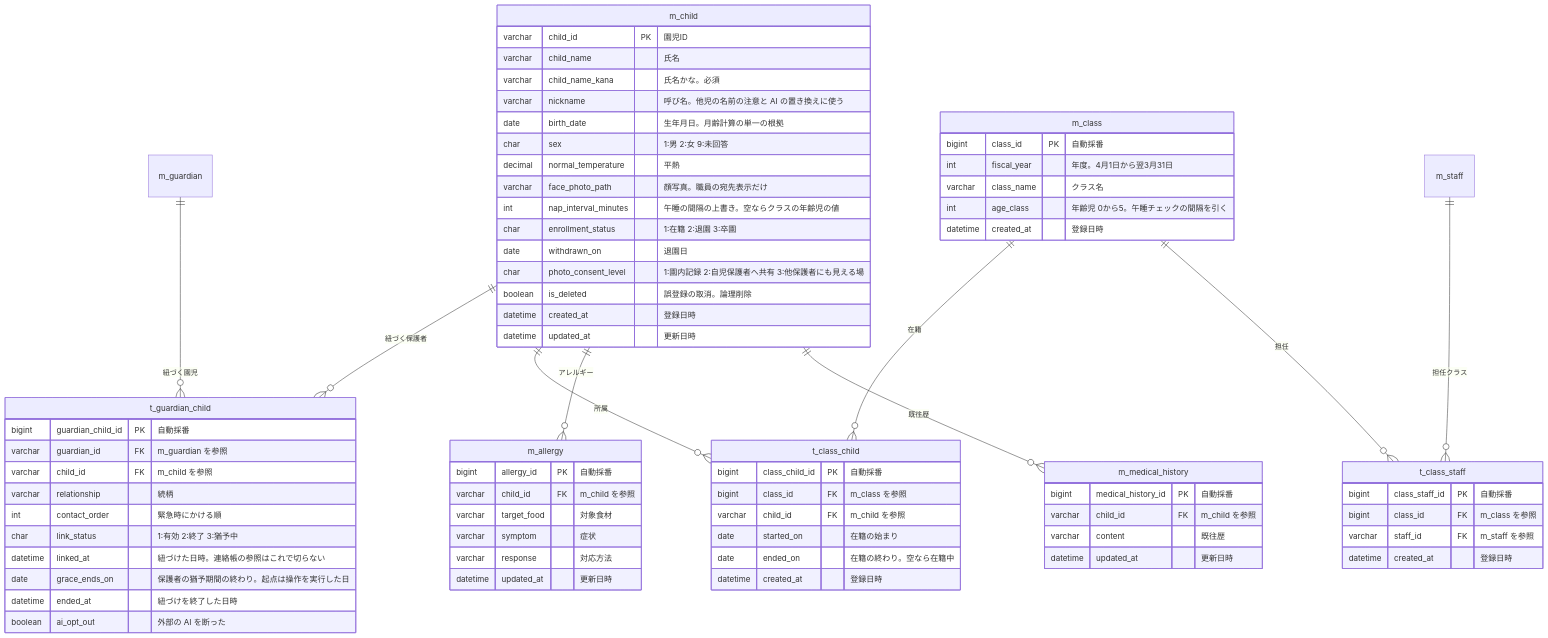
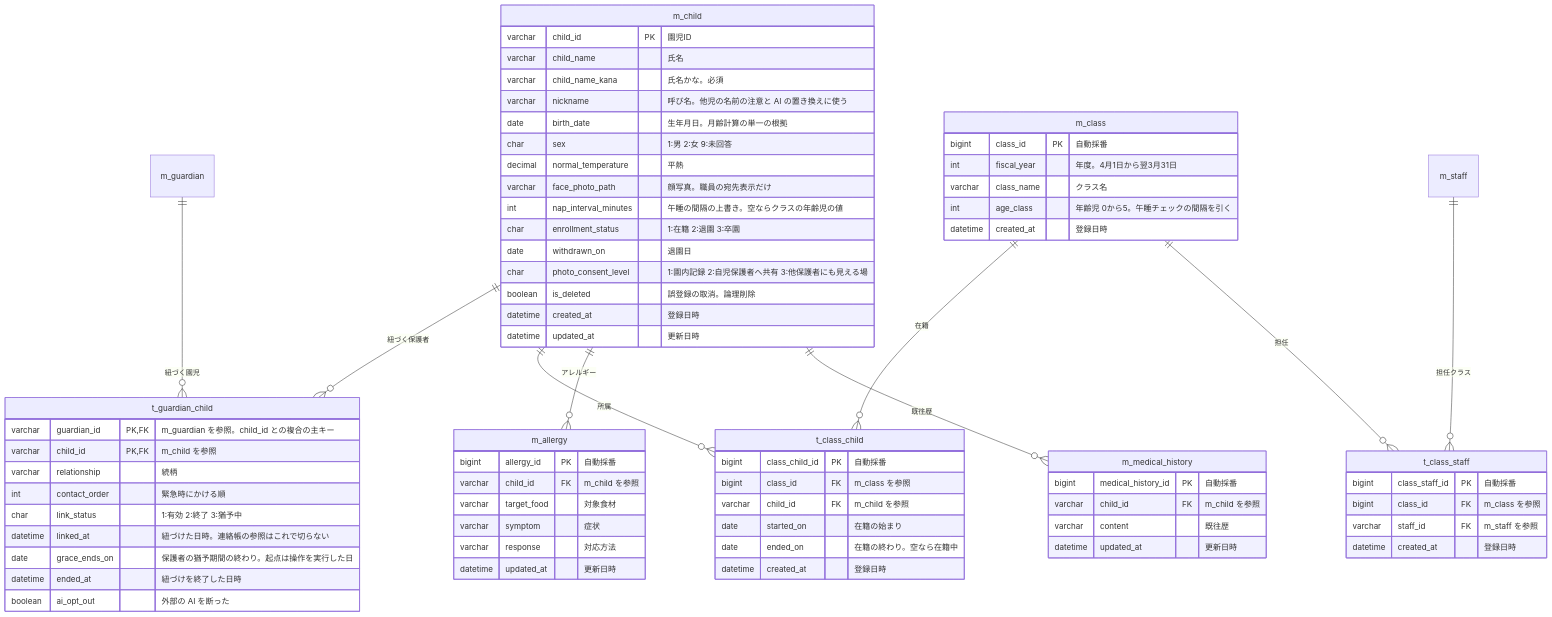
Before and after one commit to issei0423/sukusuku_system: the third of 9 diagrams in 図/ER図.md, drawn with Mermaid. The commit also changed other lines of this file and 7 other files, not shown here.

First line of the commit message:
画面遷移図・インタフェース一覧・ER図・利用規約・アクティビティ図を、保護者へ届ける流れ・共通の仕組みの見直しに合わせた

````diff
--- a/図/ER図.md
+++ b/図/ER図.md
@@ -190,76 +191,75 @@
 ```mermaid
 erDiagram
     m_child ||--o{ t_guardian_child : "紐づく保護者"
     m_guardian ||--o{ t_guardian_child : "紐づく園児"
     m_class ||--o{ t_class_child : "在籍"
     m_child ||--o{ t_class_child : "所属"
     m_class ||--o{ t_class_staff : "担任"
     m_staff ||--o{ t_class_staff : "担任クラス"
     m_child ||--o{ m_allergy : "アレルギー"
     m_child ||--o{ m_medical_history : "既往歴"
 
     m_child {
         varchar child_id PK "園児ID"
         varchar child_name "氏名"
         varchar child_name_kana "氏名かな。必須"
         varchar nickname "呼び名。他児の名前の注意と AI の置き換えに使う"
         date birth_date "生年月日。月齢計算の単一の根拠"
         char sex "1:男 2:女 9:未回答"
         decimal normal_temperature "平熱"
         varchar face_photo_path "顔写真。職員の宛先表示だけ"
         int nap_interval_minutes "午睡の間隔の上書き。空ならクラスの年齢児の値"
         char enrollment_status "1:在籍 2:退園 3:卒園"
         date withdrawn_on "退園日"
         char photo_consent_level "1:園内記録 2:自児保護者へ共有 3:他保護者にも見える場"
         boolean is_deleted "誤登録の取消。論理削除"
         datetime created_at "登録日時"
         datetime updated_at "更新日時"
     }
     m_class {
         bigint class_id PK "自動採番"
         int fiscal_year "年度。4月1日から翌3月31日"
         varchar class_name "クラス名"
         int age_class "年齢児 0から5。午睡チェックの間隔を引く"
         datetime created_at "登録日時"
     }
     t_class_child {
         bigint class_child_id PK "自動採番"
         bigint class_id FK "m_class を参照"
         varchar child_id FK "m_child を参照"
         date started_on "在籍の始まり"
         date ended_on "在籍の終わり。空なら在籍中"
         datetime created_at "登録日時"
     }
     t_class_staff {
         bigint class_staff_id PK "自動採番"
         bigint class_id FK "m_class を参照"
         varchar staff_id FK "m_staff を参照"
         datetime created_at "登録日時"
     }
     t_guardian_child {
-        bigint guardian_child_id PK "自動採番"
-        varchar guardian_id FK "m_guardian を参照"
-        varchar child_id FK "m_child を参照"
+        varchar guardian_id PK, FK "m_guardian を参照。child_id との複合の主キー"
+        varchar child_id PK, FK "m_child を参照"
         varchar relationship "続柄"
         int contact_order "緊急時にかける順"
         char link_status "1:有効 2:終了 3:猶予中"
         datetime linked_at "紐づけた日時。連絡帳の参照はこれで切らない"
         date grace_ends_on "保護者の猶予期間の終わり。起点は操作を実行した日"
         datetime ended_at "紐づけを終了した日時"
         boolean ai_opt_out "外部の AI を断った"
     }
     m_allergy {
         bigint allergy_id PK "自動採番"
         varchar child_id FK "m_child を参照"
         varchar target_food "対象食材"
         varchar symptom "症状"
         varchar response "対応方法"
         datetime updated_at "更新日時"
     }
     m_medical_history {
         bigint medical_history_id PK "自動採番"
         varchar child_id FK "m_child を参照"
         varchar content "既往歴"
         datetime updated_at "更新日時"
     }
 ```
````
